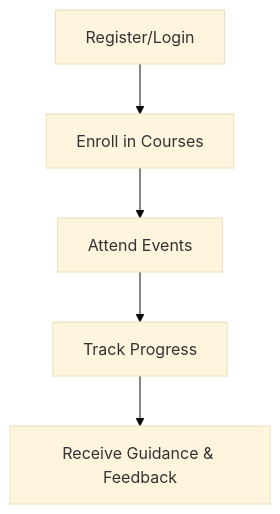
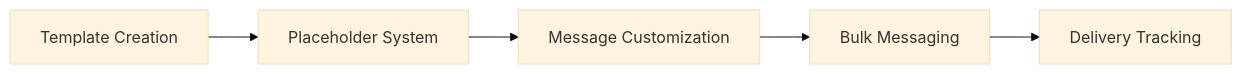
Before and after one commit to srinath1824/Sivoham: the seventh of 12 diagrams in backend/Sivoham_MVP_Presentation.md, drawn with Mermaid (base theme). The commit also changed other lines of this file and 22 other files, not shown here.

````diff
--- a/backend/Sivoham_MVP_Presentation.md
+++ b/backend/Sivoham_MVP_Presentation.md
@@ -48,7 +259,7 @@
 ```mermaid
-flowchart TD
-    A[Register/Login] --> B[Enroll in Courses]
-    B --> C[Attend Events]
-    C --> D[Track Progress]
-    D --> E[Receive Guidance & Feedback]
+flowchart LR
+    A[Template Creation] --> B[Placeholder System]
+    B --> C[Message Customization]
+    C --> D[Bulk Messaging]
+    D --> E[Delivery Tracking]
 ```
````
